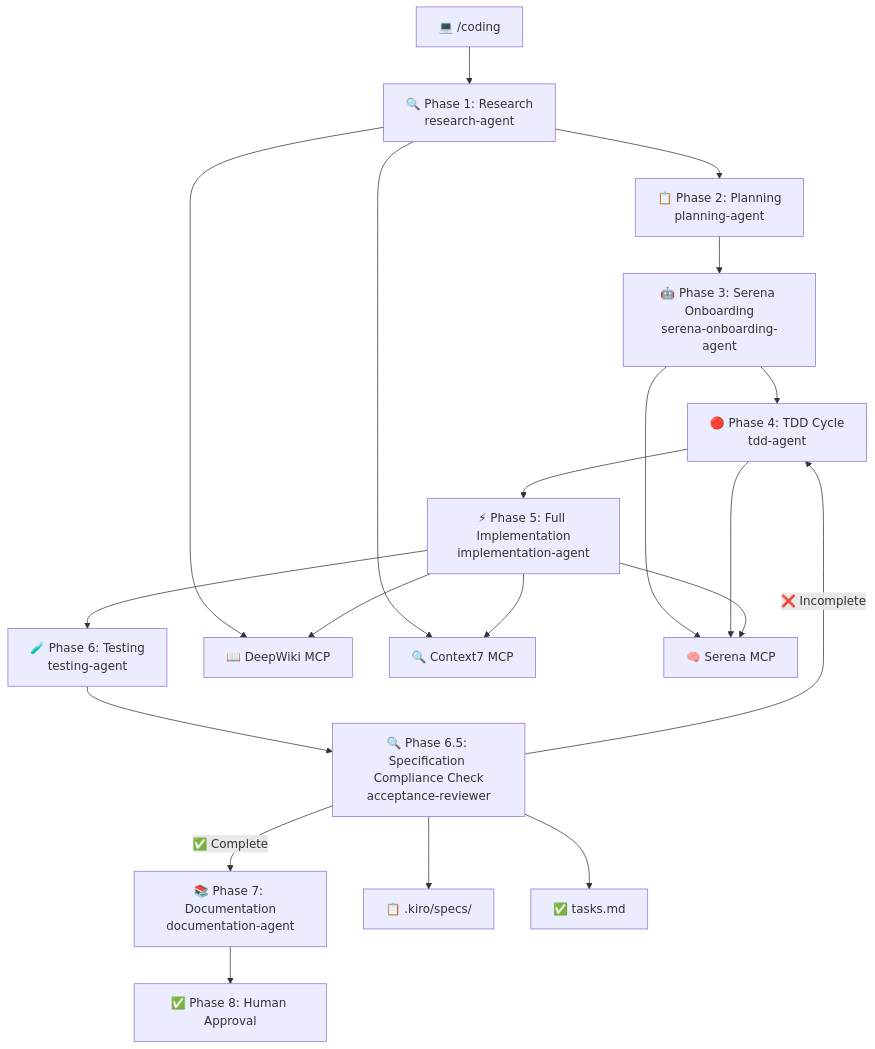
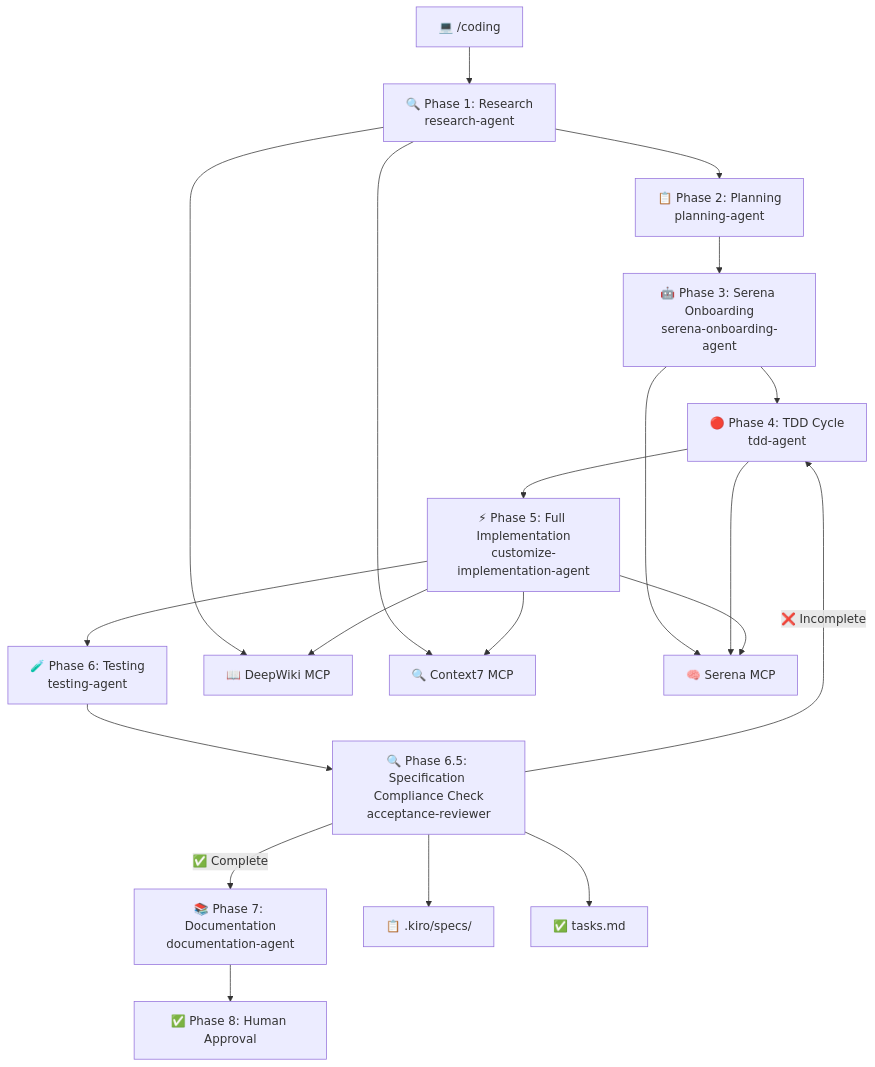
Before and after one commit to s-hiraoku/b2b-design-system: the fourth of 10 diagrams in docs/design/ARCHITECTURE.md, drawn with Mermaid. The commit also changed other lines of this file, not shown here.

Commit message:
ARCHITECTURE.mdのDevelopment Environment Setup Workflowの説明を更新し、統合MCP実装エージェントの構築プロセスを明確化

````diff
--- a/docs/design/ARCHITECTURE.md
+++ b/docs/design/ARCHITECTURE.md
@@ -136,26 +133,26 @@
 ```mermaid
 graph TD
     CodingMain[💻 /coding] --> Phase1[🔍 Phase 1: Research<br/>research-agent]
     Phase1 --> Phase2[📋 Phase 2: Planning<br/>planning-agent]
     Phase2 --> Phase3[🤖 Phase 3: Serena Onboarding<br/>serena-onboarding-agent]
     Phase3 --> Phase4[🔴 Phase 4: TDD Cycle<br/>tdd-agent]
-    Phase4 --> Phase5[⚡ Phase 5: Full Implementation<br/>implementation-agent]
+    Phase4 --> Phase5[⚡ Phase 5: Full Implementation<br/>customize-implementation-agent]
     Phase5 --> Phase6[🧪 Phase 6: Testing<br/>testing-agent]
     Phase6 --> SpecCheck[🔍 Phase 6.5: Specification Compliance Check<br/>acceptance-reviewer]
     SpecCheck --> |✅ Complete| Phase7[📚 Phase 7: Documentation<br/>documentation-agent]
     SpecCheck --> |❌ Incomplete| Phase4
     Phase7 --> Approval[✅ Phase 8: Human Approval]
 
     %% MCP Integrations
     Phase1 --> DeepWiki[📖 DeepWiki MCP]
     Phase1 --> Context7[🔍 Context7 MCP]
     Phase3 --> SerenaMCP[🧠 Serena MCP]
     Phase4 --> SerenaMCP
     Phase5 --> SerenaMCP
     Phase5 --> DeepWiki
     Phase5 --> Context7
     
     %% Specification Check Integration
     SpecCheck --> SpecFiles[📋 .kiro/specs/]
     SpecCheck --> TasksFile[✅ tasks.md]
 ```
````
